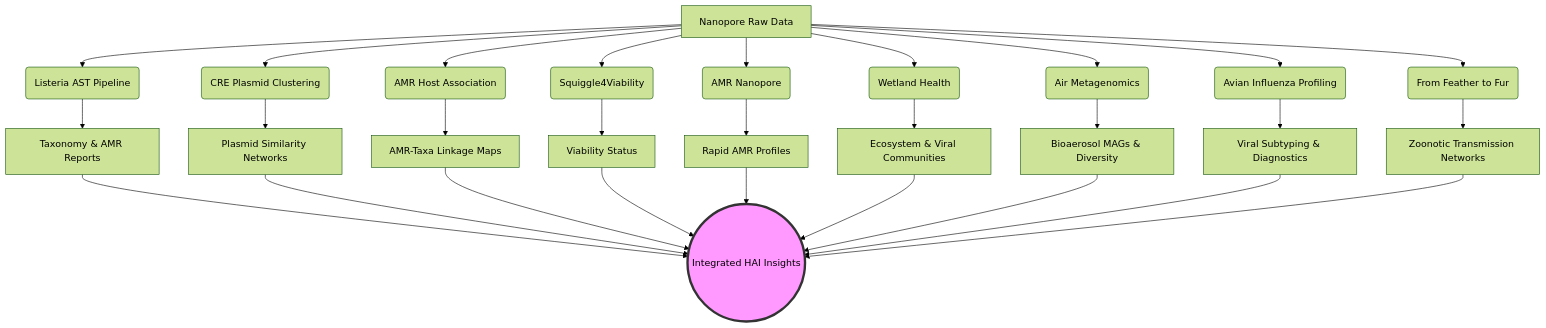
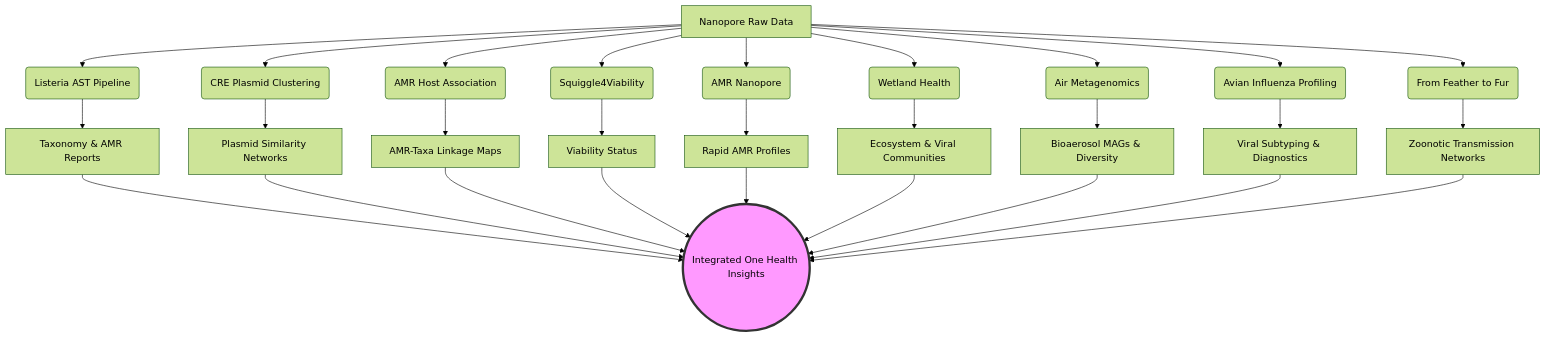
One commit to ttmgr/GenomicsForOneHealth changed the diagram in README.md. Above: the diagram before and after it, drawn with Mermaid (forest theme). The commit also changed other lines of this file and 2 other files, not shown here.

Commit message:
Update Tim Reska role and replace remaining HAI references with GenomicsForOneHealth

````diff
--- a/README.md
+++ b/README.md
@@ -112,34 +112,34 @@
 ```mermaid
 graph TD
     A[Nanopore Raw Data] --> B(Listeria AST Pipeline)
     A --> C(CRE Plasmid Clustering)
     A --> D(AMR Host Association)
     A --> I(Squiggle4Viability)
     A --> J(AMR Nanopore)
     A --> M(Wetland Health)
     A --> N(Air Metagenomics)
     A --> Q(Avian Influenza Profiling)
     A --> S(From Feather to Fur)
     
     B --> E[Taxonomy & AMR Reports]
     C --> F[Plasmid Similarity Networks]
     D --> G[AMR-Taxa Linkage Maps]
     I --> K[Viability Status]
     J --> L[Rapid AMR Profiles]
     M --> O[Ecosystem & Viral Communities]
     N --> P[Bioaerosol MAGs & Diversity]
     Q --> R[Viral Subtyping & Diagnostics]
     S --> T[Zoonotic Transmission Networks]
     
-    E --> H((Integrated HAI Insights))
+    E --> H((Integrated One Health Insights))
     F --> H
     G --> H
     K --> H
     L --> H
     O --> H
     P --> H
     R --> H
     T --> H
     
     style H fill:#f9f,stroke:#333,stroke-width:4px
 ```
````
